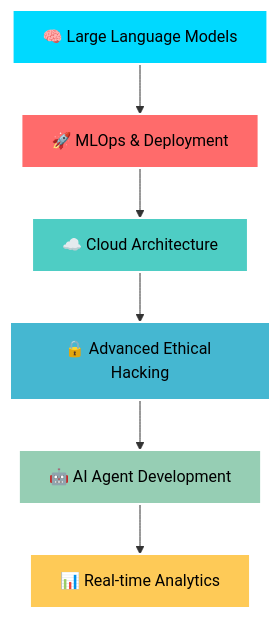
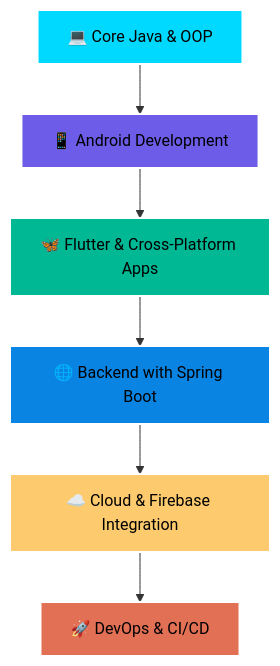
One commit to RoyalRohan/RoyalRohan changed the diagram in README.md. Above: the diagram before and after it, drawn with Mermaid.

````diff
--- a/README.md
+++ b/README.md
@@ -124,15 +124,15 @@
 ```mermaid
 graph TD
-    A[🧠 Large Language Models] --> B[🚀 MLOps & Deployment]
-    B --> C[☁️ Cloud Architecture]
-    C --> D[🔒 Advanced Ethical Hacking]
-    D --> E[🤖 AI Agent Development]
-    E --> F[📊 Real-time Analytics]
+    A[💻 Core Java & OOP] --> B[📱 Android Development]
+    B --> C[🦋 Flutter & Cross-Platform Apps]
+    C --> D[🌐 Backend with Spring Boot]
+    D --> E[☁️ Cloud & Firebase Integration]
+    E --> F[🚀 DevOps & CI/CD]
     
     style A fill:#00d9ff,stroke:#fff,stroke-width:2px,color:#000
-    style B fill:#ff6b6b,stroke:#fff,stroke-width:2px,color:#000
-    style C fill:#4ecdc4,stroke:#fff,stroke-width:2px,color:#000
-    style D fill:#45b7d1,stroke:#fff,stroke-width:2px,color:#000
-    style E fill:#96ceb4,stroke:#fff,stroke-width:2px,color:#000
-    style F fill:#feca57,stroke:#fff,stroke-width:2px,color:#000
+    style B fill:#6c5ce7,stroke:#fff,stroke-width:2px,color:#000
+    style C fill:#00b894,stroke:#fff,stroke-width:2px,color:#000
+    style D fill:#0984e3,stroke:#fff,stroke-width:2px,color:#000
+    style E fill:#fdcb6e,stroke:#fff,stroke-width:2px,color:#000
+    style F fill:#e17055,stroke:#fff,stroke-width:2px,color:#000
 ```
````
